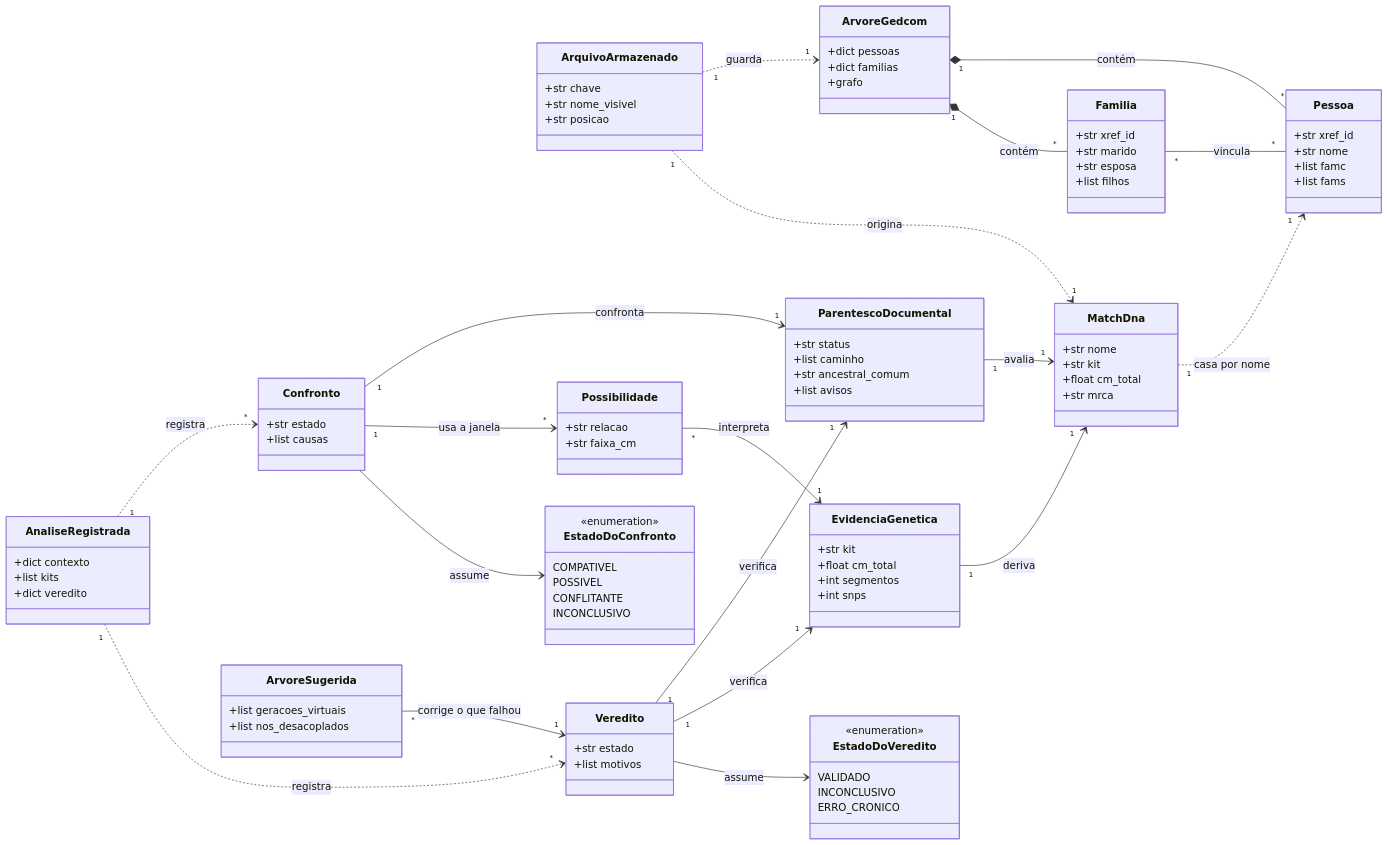
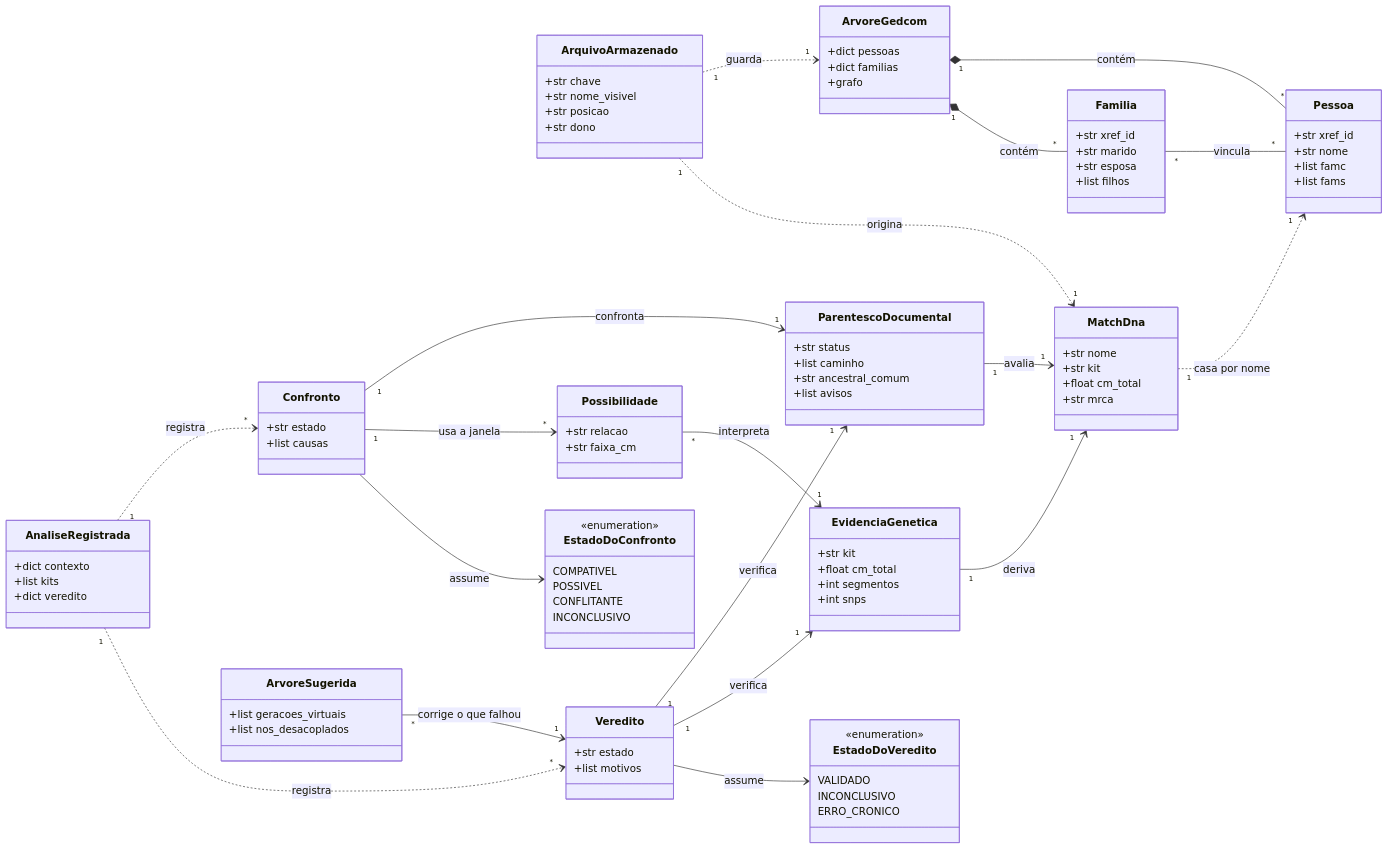
One commit to Adriano1976/reversa-analisador-genealogico changed the third of 4 diagrams in README.md. Above: the diagram before and after it, drawn with Mermaid. The commit also changed other lines of this file, not shown here.

Commit message:
docs(readme): reflete cache ligado e login por dono

```diff
--- a/README.md
+++ b/README.md
@@ -160,6 +184,7 @@
         +str chave
         +str nome_visivel
         +str posicao
+        +str dono
     }
     class ArvoreGedcom {
         +dict pessoas
```
